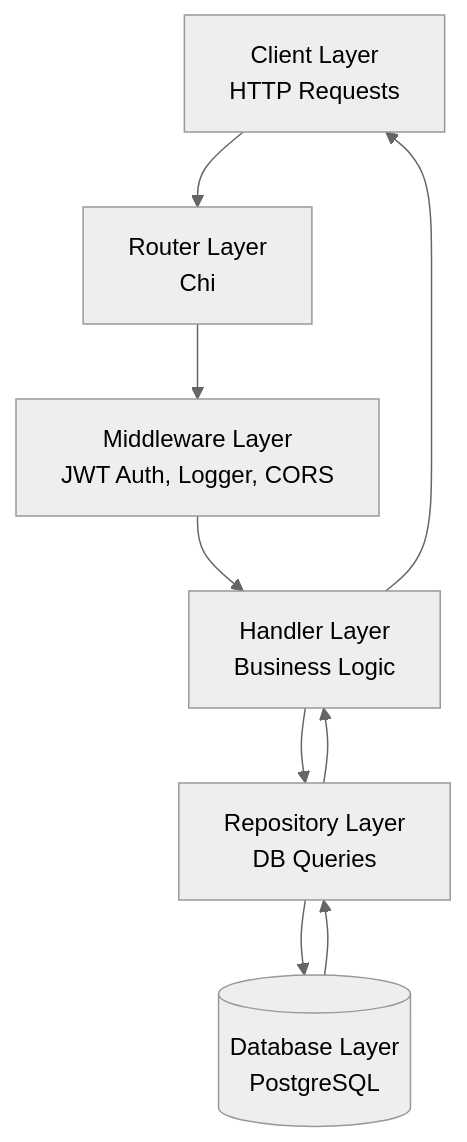
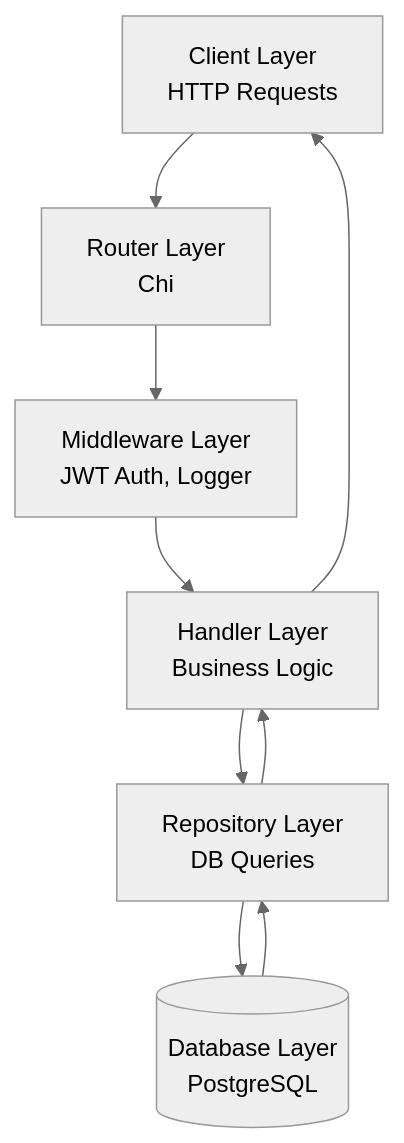
One commit to capricorn-32/taskflow-abhishek changed the second of 2 diagrams in README.md. Above: the diagram before and after it, drawn with Mermaid (neutral theme). The commit also changed other lines of this file, not shown here.

Commit message:
docs: align README with current runtime and middleware

````diff
--- a/README.md
+++ b/README.md
@@ -111,18 +113,18 @@
 ```mermaid
 flowchart TB
     CL[Client Layer\nHTTP Requests]
     RL[Router Layer\nChi]
-    ML[Middleware Layer\nJWT Auth, Logger, CORS]
+    ML[Middleware Layer\nJWT Auth, Logger]
     HL[Handler Layer\nBusiness Logic]
     RE[Repository Layer\nDB Queries]
     DB[(Database Layer\nPostgreSQL)]
 
     CL --> RL
     RL --> ML
     ML --> HL
     HL --> RE
     RE --> DB
     DB --> RE
     RE --> HL
     HL --> CL
 ```
````
